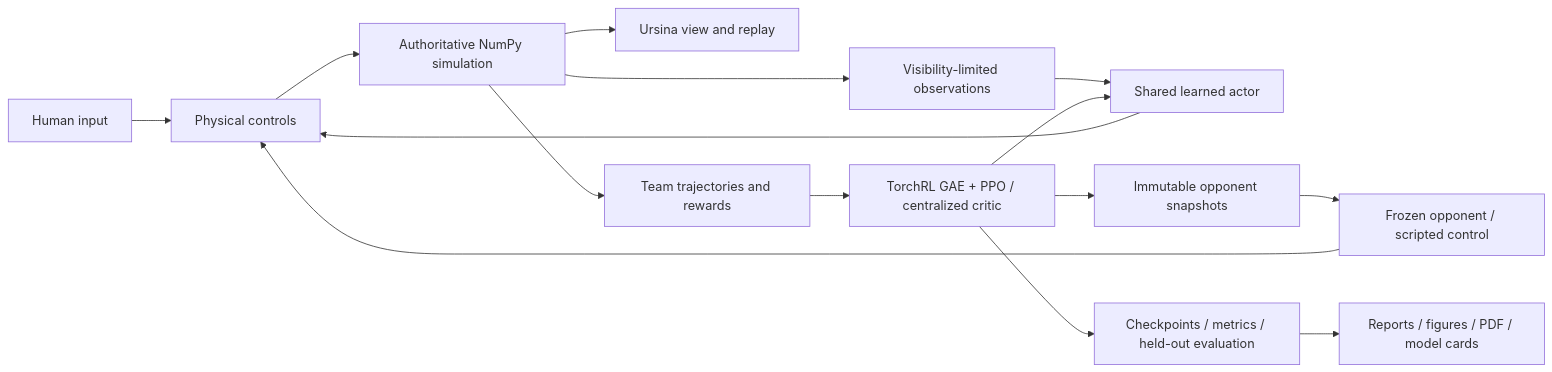
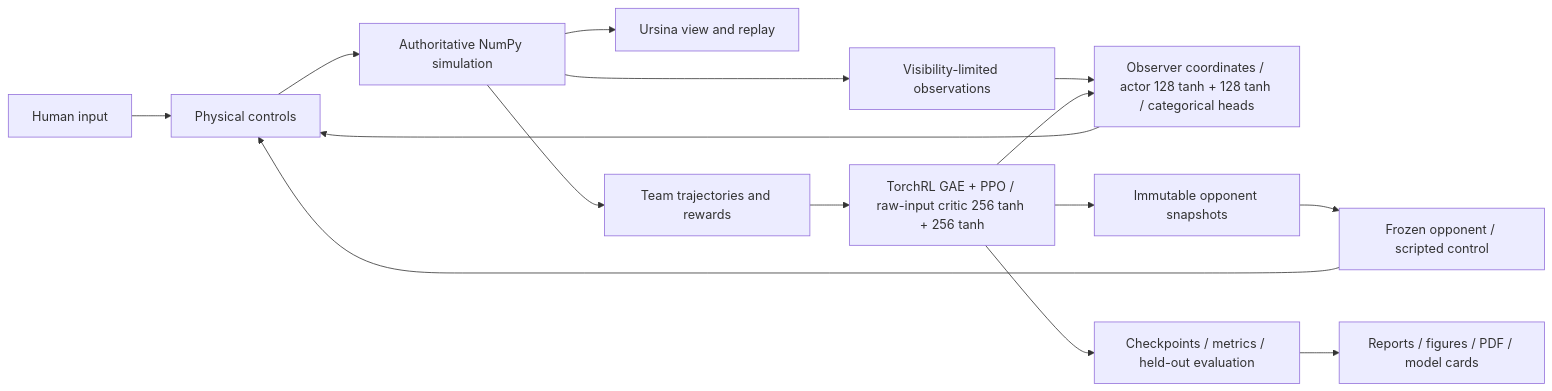
One commit to BurnyCoder/3d-firstperson-shooter-reinforcement-learning-selfplay changed the diagram in README.md. Above: the diagram before and after it, drawn with Mermaid. The commit also changed other lines of this file and 285 other files, not shown here.

````diff
--- a/README.md
+++ b/README.md
@@ -79,17 +73,17 @@
 ```mermaid
 flowchart LR
   Human[Human input] --> Controls[Physical controls]
-  Actor[Shared learned actor] --> Controls
+  Actor[Observer coordinates / actor 128 tanh + 128 tanh / categorical heads] --> Controls
   Opponent[Frozen opponent / scripted control] --> Controls
   Controls --> World[Authoritative NumPy simulation]
   World --> Obs[Visibility-limited observations]
   Obs --> Actor
   World --> View[Ursina view and replay]
   World --> Rollouts[Team trajectories and rewards]
-  Rollouts --> PPO[TorchRL GAE + PPO / centralized critic]
+  Rollouts --> PPO[TorchRL GAE + PPO / raw-input critic 256 tanh + 256 tanh]
   PPO --> Actor
   PPO --> Snapshots[Immutable opponent snapshots]
   Snapshots --> Opponent
   PPO --> Evidence[Checkpoints / metrics / held-out evaluation]
   Evidence --> Reports[Reports / figures / PDF / model cards]
 ```
````
